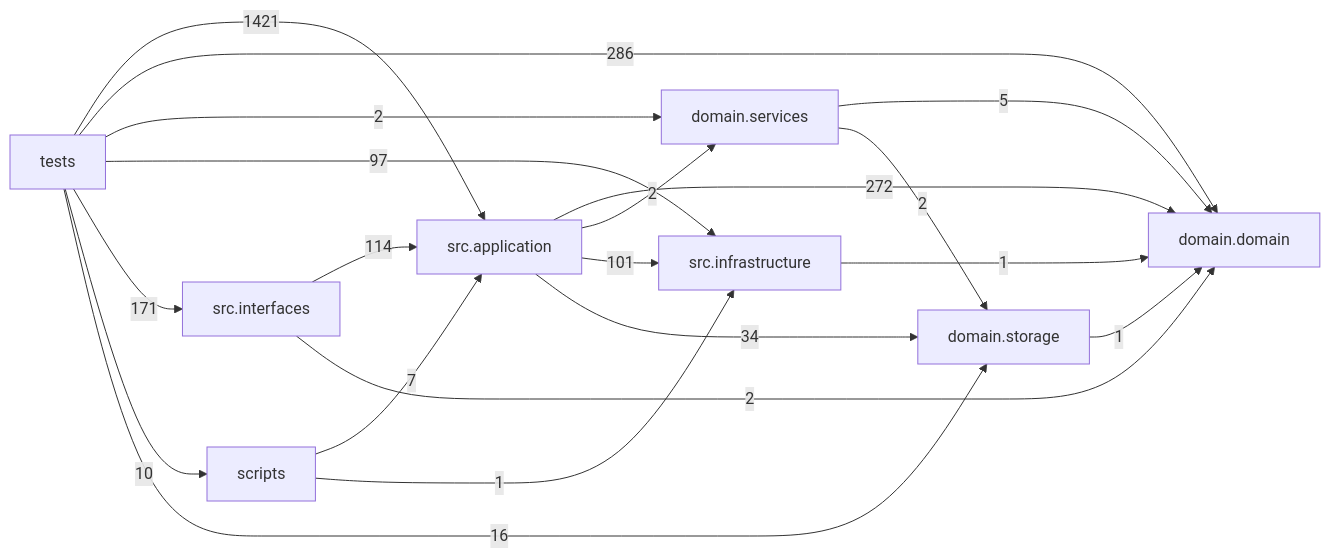
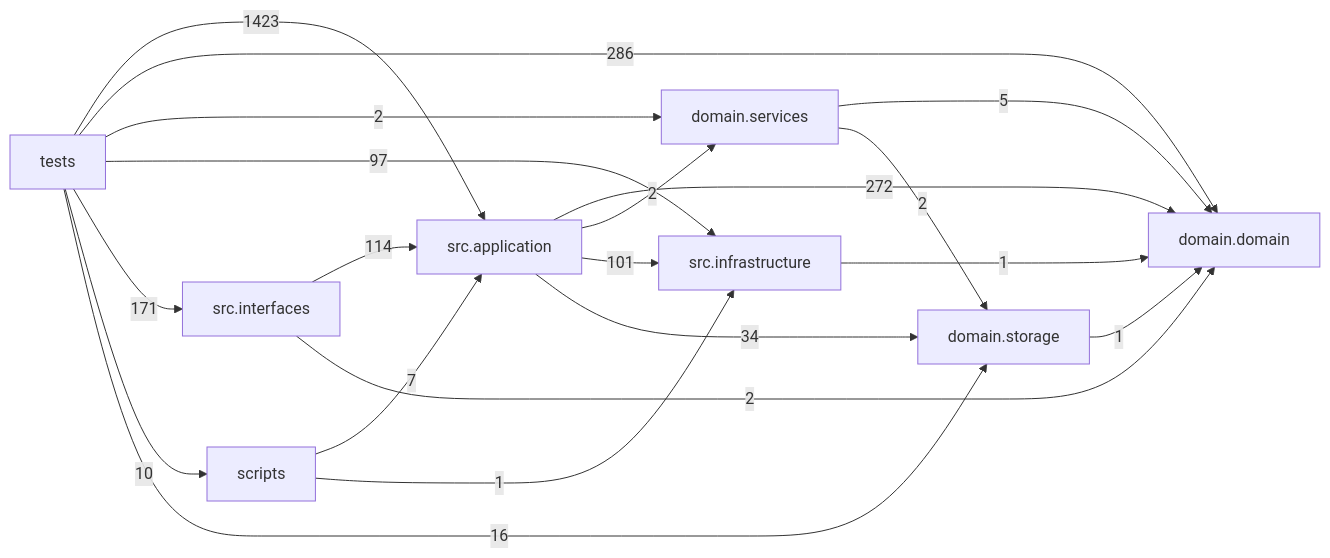
The diagram in docs/DEPENDENCY_GRAPH.md (liuxie066/options-monitor), drawn with Mermaid before and after one commit. The commit also changed other lines of this file and 13 other files, not shown here.

````diff
--- a/docs/DEPENDENCY_GRAPH.md
+++ b/docs/DEPENDENCY_GRAPH.md
@@ -24,30 +24,30 @@
 ```mermaid
 flowchart LR
   tests["tests"]
   scripts["scripts"]
   interfaces["src.interfaces"]
   application["src.application"]
   infrastructure["src.infrastructure"]
   domain_services["domain.services"]
   domain["domain.domain"]
   storage["domain.storage"]
   application -->|272| domain
   application -->|2| domain_services
   application -->|101| infrastructure
   application -->|34| storage
   domain_services -->|5| domain
   domain_services -->|2| storage
   infrastructure -->|1| domain
   interfaces -->|114| application
   interfaces -->|2| domain
   scripts -->|7| application
   scripts -->|1| infrastructure
   storage -->|1| domain
-  tests -->|1421| application
+  tests -->|1423| application
   tests -->|286| domain
   tests -->|2| domain_services
   tests -->|97| infrastructure
   tests -->|171| interfaces
   tests -->|10| scripts
   tests -->|16| storage
 ```
````
